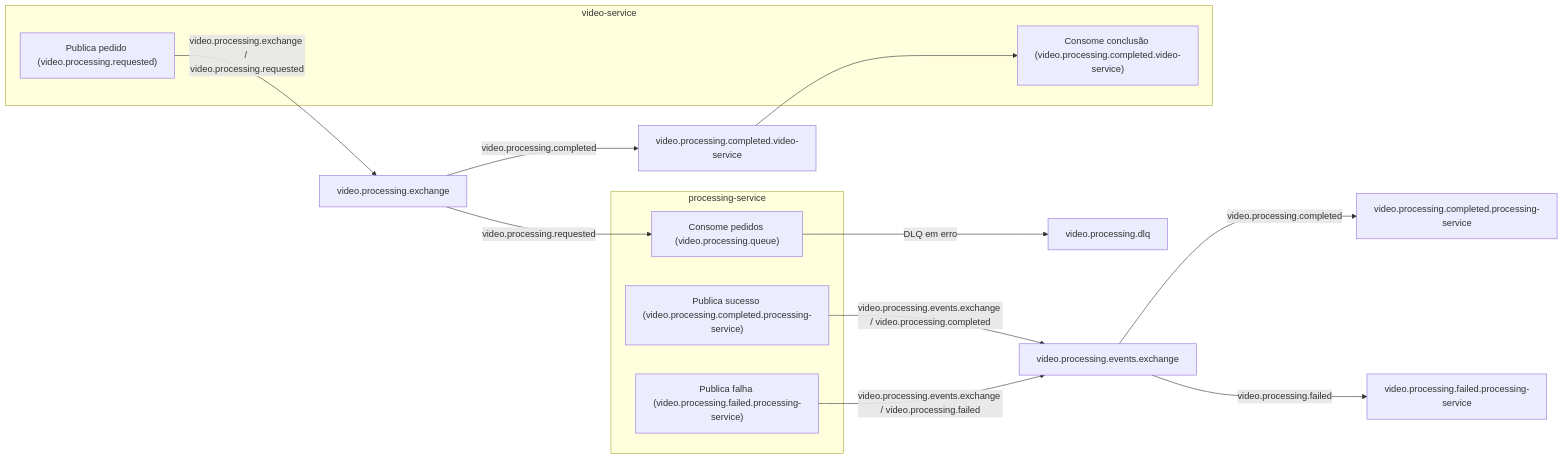
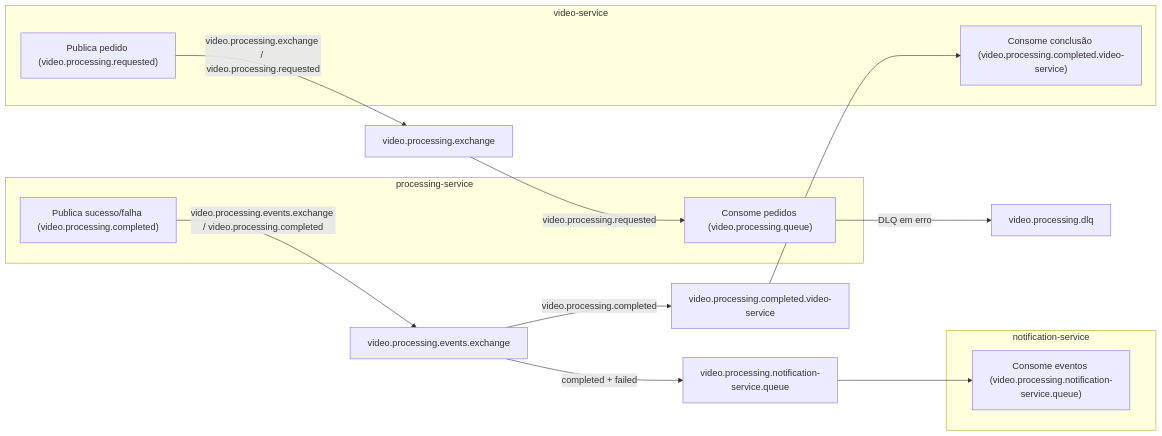
The diagram in QUEUES.md (Pos-Tech-FIAP-Group/video-processor), drawn with Mermaid before and after one commit. The commit also changed other lines of this file and 16 other files, not shown here.

````diff
--- a/QUEUES.md
+++ b/QUEUES.md
@@ -106,27 +116,29 @@
 ```mermaid
 flowchart LR
   subgraph videoService [video-service]
     vs_pub["Publica pedido (video.processing.requested)"]
     vs_consume["Consome conclusão (video.processing.completed.video-service)"]
   end
 
   subgraph processingService [processing-service]
     ps_consume["Consome pedidos (video.processing.queue)"]
-    ps_pub_ok["Publica sucesso (video.processing.completed.processing-service)"]
-    ps_pub_fail["Publica falha (video.processing.failed.processing-service)"]
+    ps_pub["Publica sucesso/falha (video.processing.completed)"]
+  end
+
+  subgraph notificationService [notification-service]
+    ns_consume["Consome eventos (video.processing.notification-service.queue)"]
   end
 
   vs_pub -->|"video.processing.exchange / video.processing.requested"| ex_main["video.processing.exchange"]
   ex_main -->|"video.processing.requested"| ps_consume
 
   ps_consume -->|"DLQ em erro"| dlq["video.processing.dlq"]
 
-  ps_pub_ok -->|"video.processing.events.exchange / video.processing.completed"| ex_events["video.processing.events.exchange"]
-  ps_pub_fail -->|"video.processing.events.exchange / video.processing.failed"| ex_events
+  ps_pub -->|"video.processing.events.exchange / video.processing.completed"| ex_events["video.processing.events.exchange"]
 
-  ex_events -->|"video.processing.completed"| q_completed["video.processing.completed.processing-service"]
-  ex_events -->|"video.processing.failed"| q_failed["video.processing.failed.processing-service"]
+  ex_events -->|"video.processing.completed"| q_vs_completed["video.processing.completed.video-service"]
+  q_vs_completed --> vs_consume
 
-  ex_main -->|"video.processing.completed"| q_vs_completed["video.processing.completed.video-service"]
-  q_vs_completed --> vs_consume
+  ex_events -->|"completed + failed"| q_notif["video.processing.notification-service.queue"]
+  q_notif --> ns_consume
 ```
````
